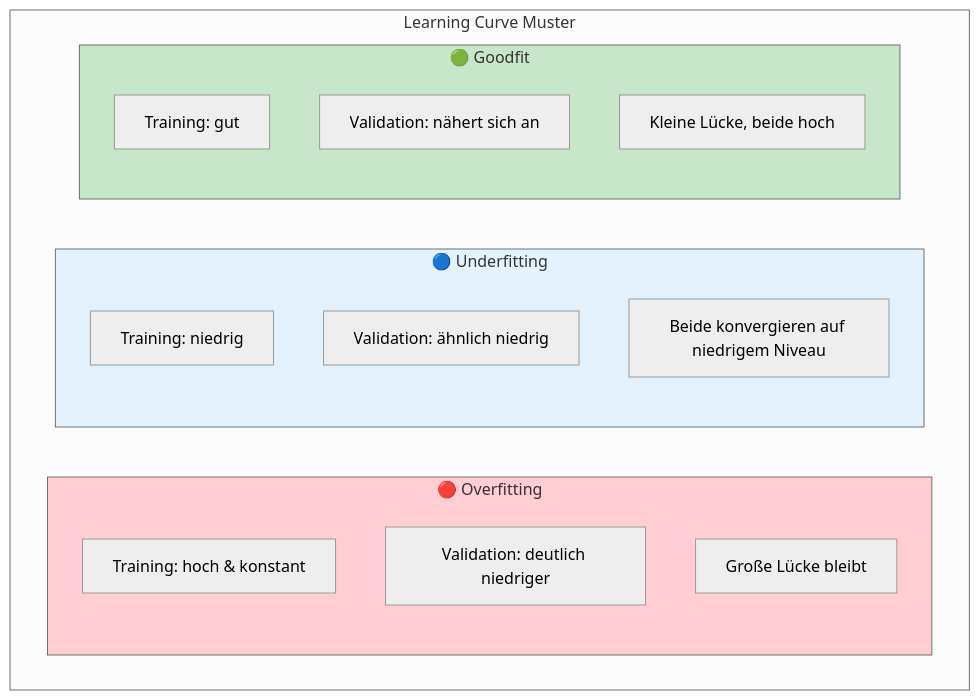
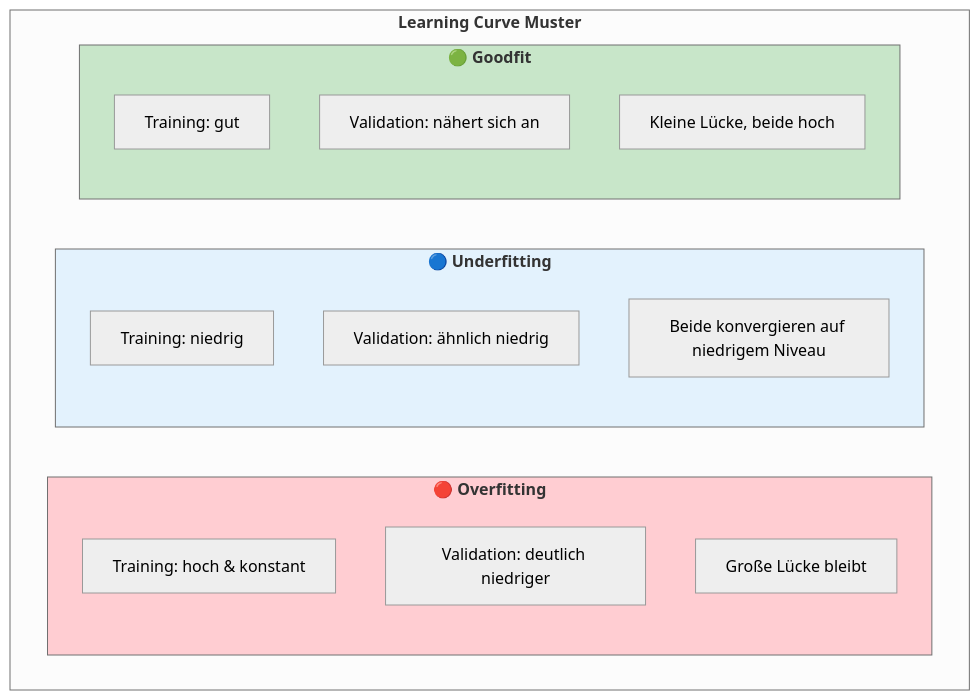
Before and after one commit to ralf-42/ML_Intro: the fifth of 7 diagrams in docs/concepts/evaluate/overfitting.md, drawn with Mermaid (neutral theme). The commit also changed other lines of this file and 6 other files, not shown here.

````diff
--- a/docs/concepts/evaluate/overfitting.md
+++ b/docs/concepts/evaluate/overfitting.md
@@ -247,26 +247,26 @@
 ```mermaid
 flowchart TB
-    subgraph patterns["Learning Curve Muster"]
-        subgraph overfit["🔴 Overfitting"]
+    subgraph patterns["<b>Learning Curve Muster"]
+        subgraph overfit["<b>🔴 Overfitting"]
             O1["Training: hoch & konstant"]
             O2["Validation: deutlich niedriger"]
             O3["Große Lücke bleibt"]
         end
         
-        subgraph underfit["🔵 Underfitting"]
+        subgraph underfit["<b>🔵 Underfitting"]
             U1["Training: niedrig"]
             U2["Validation: ähnlich niedrig"]
             U3["Beide konvergieren auf niedrigem Niveau"]
         end
         
-        subgraph good["🟢 Goodfit"]
+        subgraph good["<b>🟢 Goodfit"]
             G1["Training: gut"]
             G2["Validation: nähert sich an"]
             G3["Kleine Lücke, beide hoch"]
         end
     end
     
     style overfit fill:#ffcdd2
     style underfit fill:#e3f2fd
     style good fill:#c8e6c9
 ```
````
